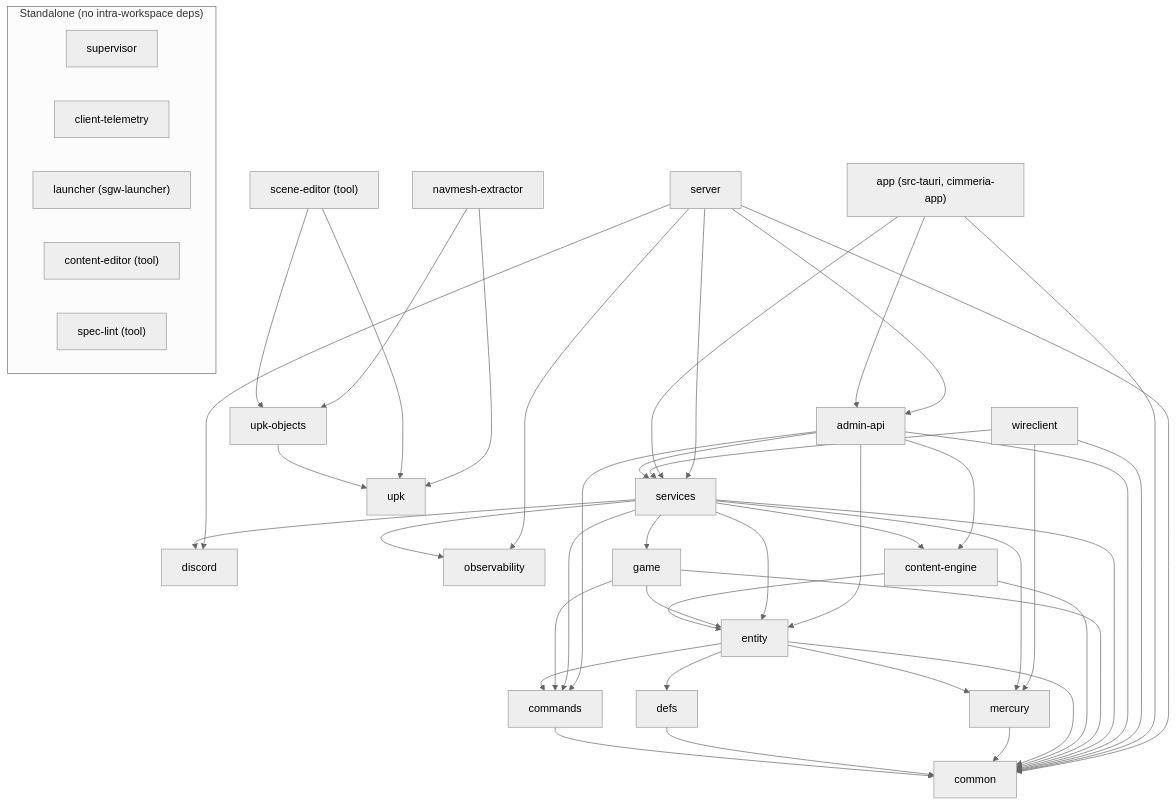
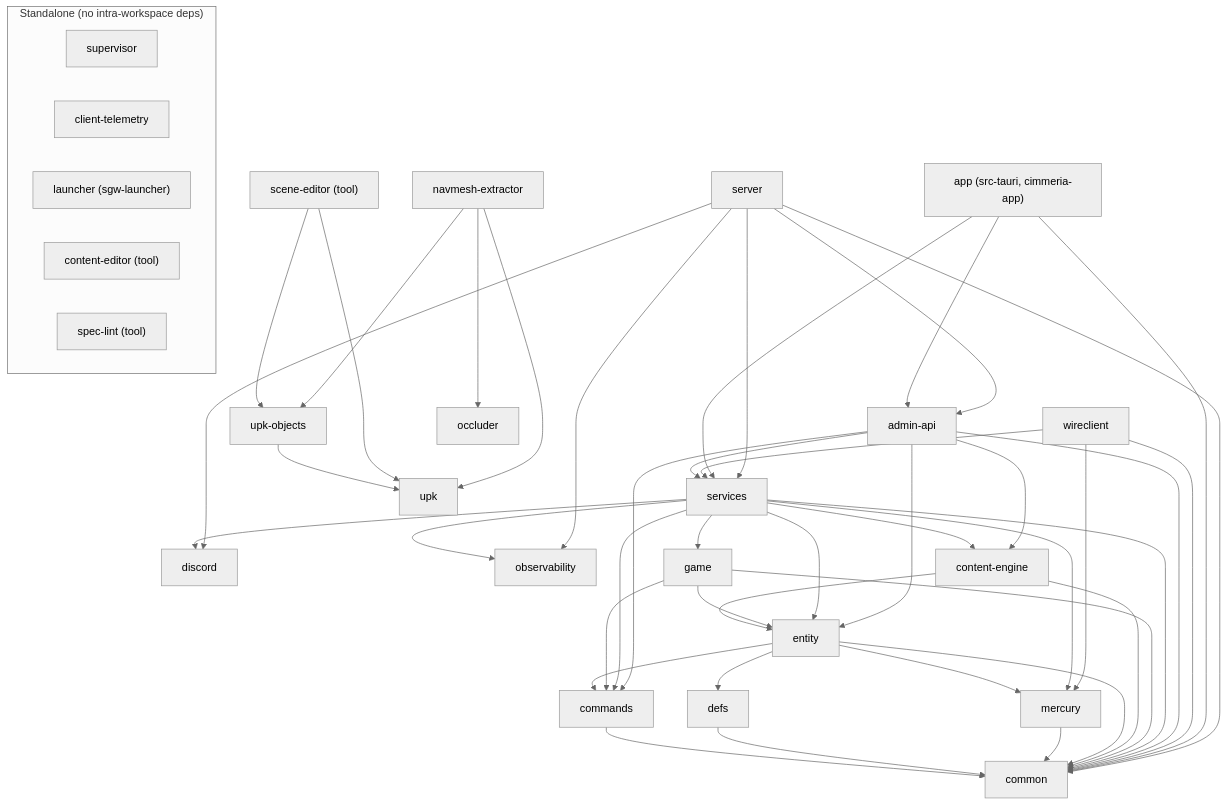
The diagram in crates/README.md (SandboxServers/Cimmeria), drawn with Mermaid before and after one commit. The commit also changed other lines of this file and 3 other files, not shown here.

````diff
--- a/crates/README.md
+++ b/crates/README.md
@@ -16,61 +16,62 @@
 ```mermaid
 %%{init: {"flowchart": {"htmlLabels": false}, "theme": "neutral"}}%%
 flowchart TD
     %% entry points / binaries
     server --> adminApi["admin-api"]
     server --> services
     server --> discord
     server --> observability
     server --> common
     app["app (src-tauri, cimmeria-app)"] --> adminApi
     app --> services
     app --> common
     wireclient --> services
     wireclient --> mercury
     wireclient --> common
 
     %% service + domain layer
     adminApi --> services
     adminApi --> contentEngine["content-engine"]
     adminApi --> entity
     adminApi --> commands
     adminApi --> common
     services --> game
     services --> contentEngine
     services --> entity
     services --> mercury
     services --> discord
     services --> observability
     services --> commands
     services --> common
     game --> entity
     game --> commands
     game --> common
     contentEngine --> entity
     contentEngine --> common
     entity --> defs
     entity --> mercury
     entity --> commands
     entity --> common
 
     %% foundation
     mercury --> common
     defs --> common
     commands --> common
 
     %% UPK / navmesh toolchain (independent of the server spine)
     navmeshExtractor["navmesh-extractor"] --> upkObjects["upk-objects"]
     navmeshExtractor --> upk
+    navmeshExtractor --> occluder
     sceneEditor["scene-editor (tool)"] --> upkObjects
     sceneEditor --> upk
     upkObjects --> upk
 
     %% standalone crates with no intra-workspace dependencies
     subgraph standalone["Standalone (no intra-workspace deps)"]
         supervisor
         clientTelemetry["client-telemetry"]
         launcher["launcher (sgw-launcher)"]
         contentEditor["content-editor (tool)"]
         specLint["spec-lint (tool)"]
     end
 ```
````
